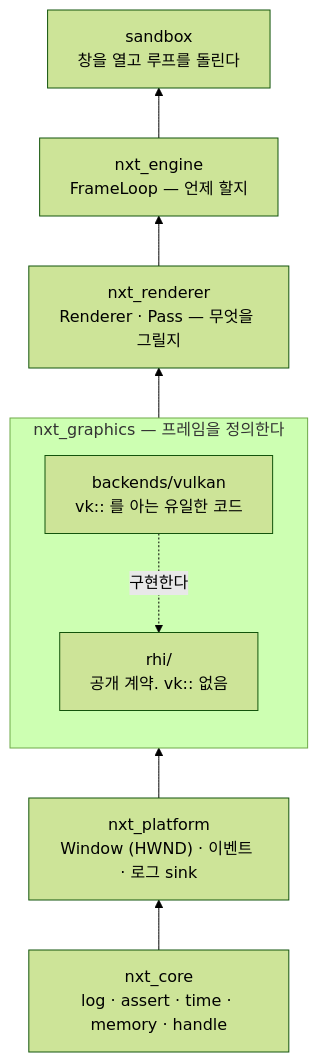
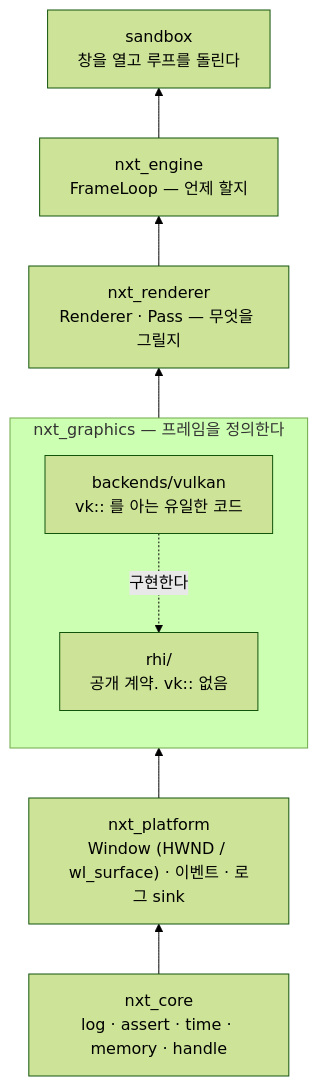
The second of 6 diagrams in docs/roadmap/phase0.md (shoenkh15324/NXT-Engine), drawn with Mermaid (forest theme) before and after one commit. The commit also changed other lines of this file and 3 other files, not shown here.

First line of the commit message:
docs: merge the Linux porting roadmap into phase 0

````diff
--- a/docs/roadmap/phase0.md
+++ b/docs/roadmap/phase0.md
@@ -44,21 +44,21 @@
 ```mermaid
 flowchart BT
     core["nxt_core<br/>log · assert · time · memory · handle"]
-    platform["nxt_platform<br/>Window (HWND) · 이벤트 · 로그 sink"]
+    platform["nxt_platform<br/>Window (HWND / wl_surface) · 이벤트 · 로그 sink"]
     renderer["nxt_renderer<br/>Renderer · Pass — 무엇을 그릴지"]
     engine["nxt_engine<br/>FrameLoop — 언제 할지"]
     sandbox["sandbox<br/>창을 열고 루프를 돌린다"]
 
     subgraph graphics["nxt_graphics — 프레임을 정의한다"]
         direction TB
         rhi["rhi/<br/>공개 계약. vk:: 없음"]
         vulkan["backends/vulkan<br/>vk:: 를 아는 유일한 코드"]
         vulkan -.->|구현한다| rhi
     end
 
     core --> platform
     platform --> graphics
     graphics --> renderer
     renderer --> engine
     engine --> sandbox
 ```
````
